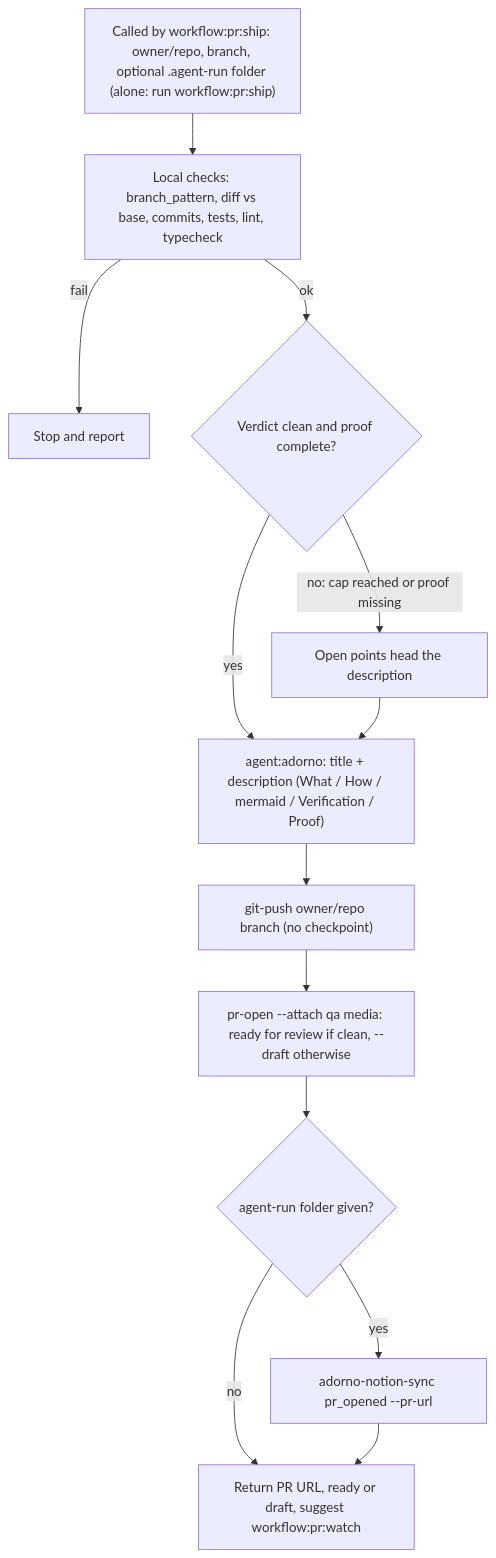
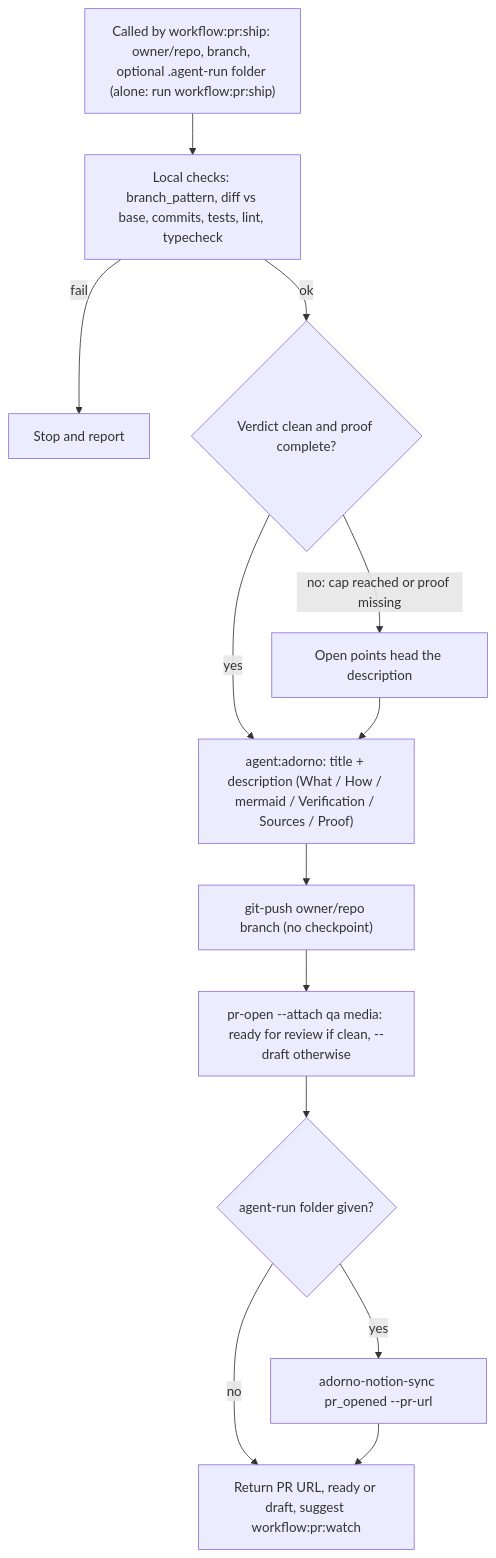
The second of 6 diagrams in src/workflows/pr/SCHEMA.md (nicolasmondain/adorno), drawn with Mermaid before and after one commit. The commit also changed 33 other files, not shown here.

````diff
--- a/src/workflows/pr/SCHEMA.md
+++ b/src/workflows/pr/SCHEMA.md
@@ -26,15 +26,15 @@
 ```mermaid
 flowchart TD
   A["Called by workflow:pr:ship: owner/repo, branch, optional .agent-run folder (alone: run workflow:pr:ship)"] --> C["Local checks: branch_pattern, diff vs base, commits, tests, lint, typecheck"]
   C -->|"fail"| X["Stop and report"]
   C -->|"ok"| G{"Verdict clean and proof complete?"}
-  G -->|"yes"| H["agent:adorno: title + description (What / How / mermaid / Verification / Proof)"]
+  G -->|"yes"| H["agent:adorno: title + description (What / How / mermaid / Verification / Sources / Proof)"]
   G -->|"no: cap reached or proof missing"| GH["Open points head the description"]
   GH --> H
   H --> K["git-push owner/repo branch (no checkpoint)"]
   K --> L["pr-open --attach qa media: ready for review if clean, --draft otherwise"]
   L --> NS{"agent-run folder given?"}
   NS -->|"yes"| NP["adorno-notion-sync pr_opened --pr-url"]
   NS -->|"no"| M["Return PR URL, ready or draft, suggest workflow:pr:watch"]
   NP --> M
 ```
````
